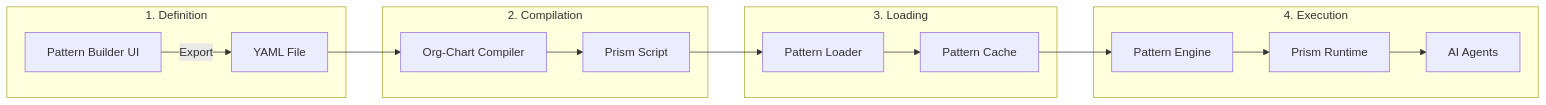
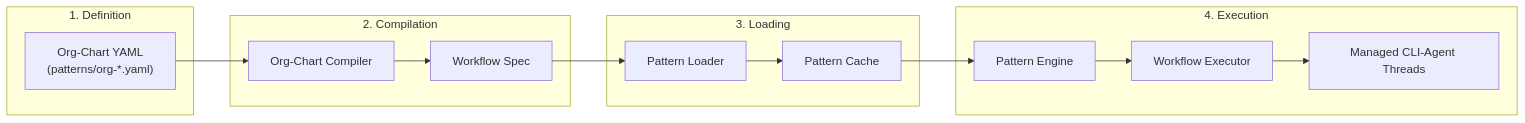
Before and after one commit to HaruHunab1320/parallax: the first of 4 diagrams in apps/docs/docs/architecture/org-chart-flow.md, drawn with Mermaid. The commit also changed other lines of this file and 33 other files, not shown here.

First line of the commit message:
docs: bring README, docs/, and docs site current with the architecture

````diff
--- a/apps/docs/docs/architecture/org-chart-flow.md
+++ b/apps/docs/docs/architecture/org-chart-flow.md
@@ -13,32 +13,30 @@
 ```mermaid
 flowchart LR
     subgraph Definition["1. Definition"]
-        UI[Pattern Builder UI]
-        YAML[YAML File]
+        YAML["Org-Chart YAML\n(patterns/org-*.yaml)"]
     end
 
     subgraph Compilation["2. Compilation"]
         COMPILER[Org-Chart Compiler]
-        PRISM[Prism Script]
+        SPEC[Workflow Spec]
     end
 
     subgraph Loading["3. Loading"]
         LOADER[Pattern Loader]
         CACHE[Pattern Cache]
     end
 
     subgraph Execution["4. Execution"]
         ENGINE[Pattern Engine]
-        RUNTIME[Prism Runtime]
-        AGENTS[AI Agents]
+        WFE[Workflow Executor]
+        THREADS[Managed CLI-Agent Threads]
     end
 
-    UI -->|Export| YAML
     YAML --> COMPILER
-    COMPILER --> PRISM
-    PRISM --> LOADER
+    COMPILER --> SPEC
+    SPEC --> LOADER
     LOADER --> CACHE
     CACHE --> ENGINE
-    ENGINE --> RUNTIME
-    RUNTIME --> AGENTS
+    ENGINE --> WFE
+    WFE --> THREADS
 ```
````
